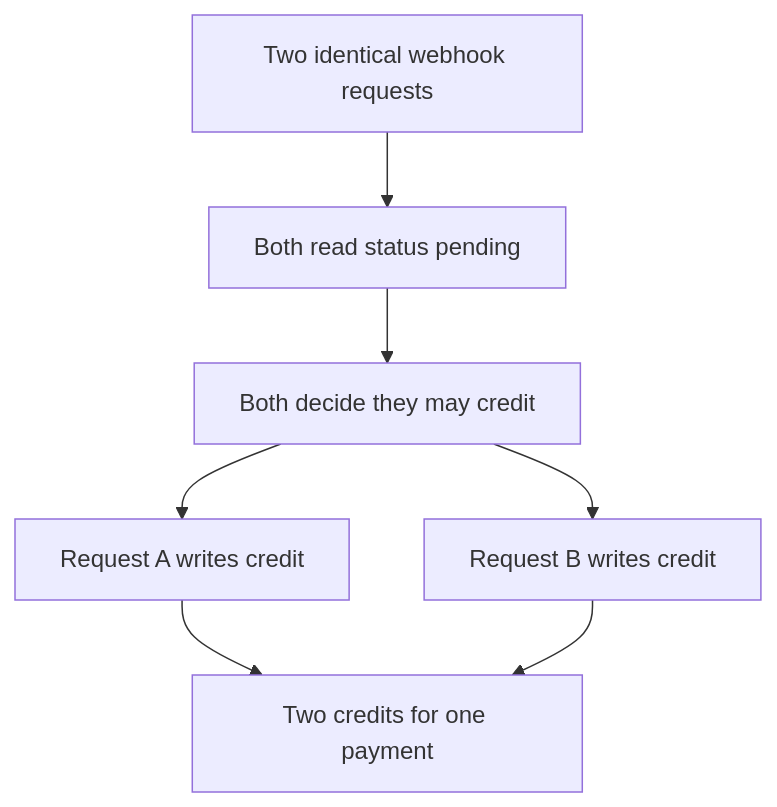
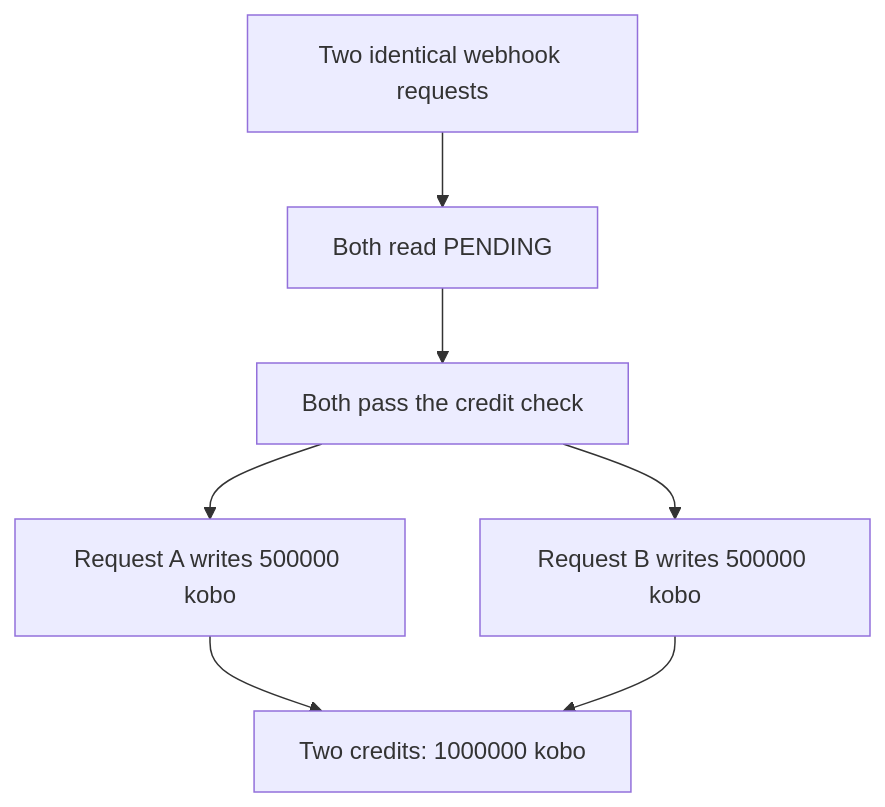
The diagram in docs/concepts/concurrency.mdx (therealEmma/BachsProof), drawn with Mermaid before and after one commit. The commit also changed other lines of this file and 180 other files, not shown here.

````diff
--- a/docs/concepts/concurrency.mdx
+++ b/docs/concepts/concurrency.mdx
@@ -9,9 +18,9 @@
 ```mermaid
 flowchart TD
-  Start[Two identical webhook requests] --> ReadA[Both read status pending]
-  ReadA --> Check[Both decide they may credit]
-  Check --> WriteA[Request A writes credit]
-  Check --> WriteB[Request B writes credit]
-  WriteA --> Wrong[Two credits for one payment]
+  Start[Two identical webhook requests] --> ReadA[Both read PENDING]
+  ReadA --> Check[Both pass the credit check]
+  Check --> WriteA[Request A writes 500000 kobo]
+  Check --> WriteB[Request B writes 500000 kobo]
+  WriteA --> Wrong[Two credits: 1000000 kobo]
   WriteB --> Wrong
 ```
````
